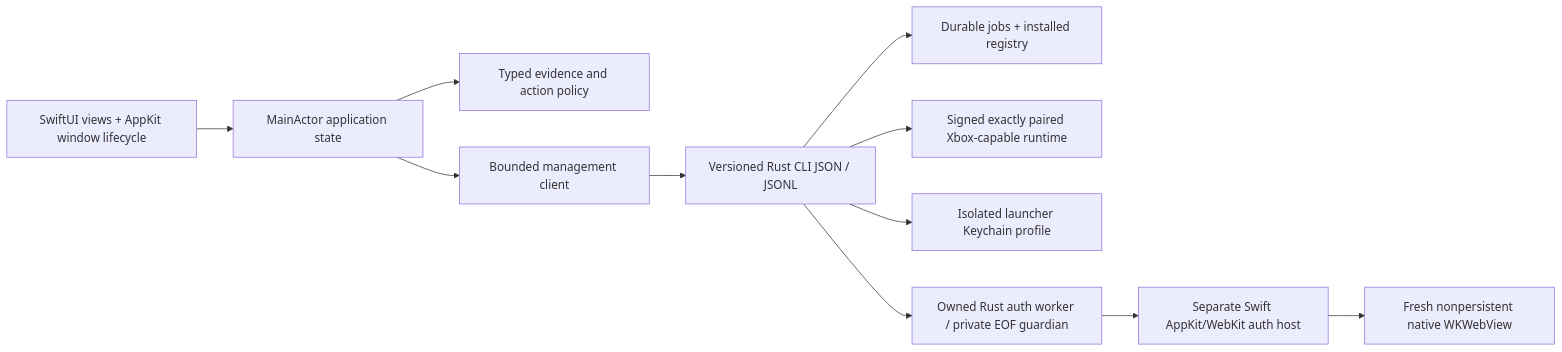
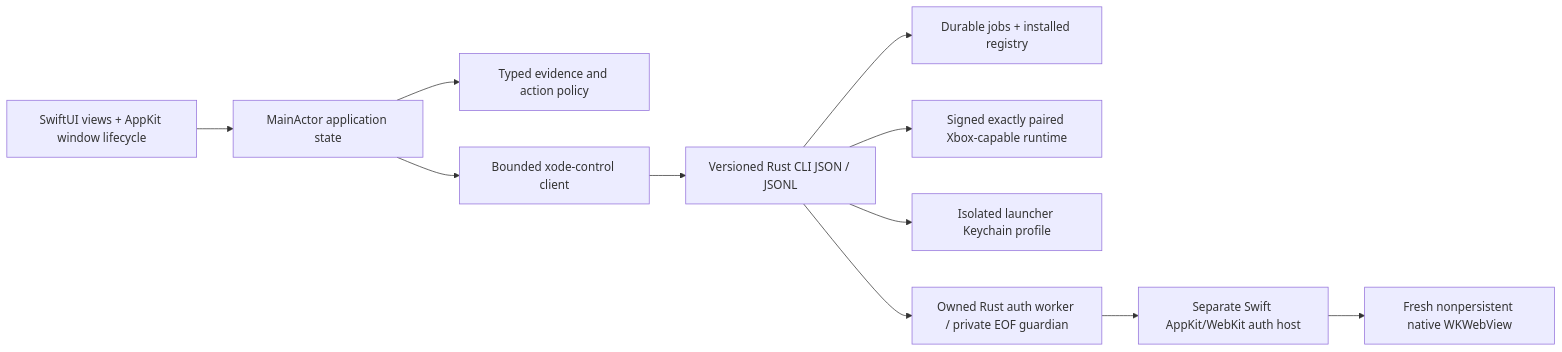
Before and after one commit to WorkingPrinciple/xode-ui: the second of 2 diagrams in docs/ARCHITECTURE.md, drawn with Mermaid. The commit also changed other lines of this file, not shown here.

Commit message:
docs: add platform ecosystem architecture diagram to ARCHITECTURE.md

````diff
--- a/docs/ARCHITECTURE.md
+++ b/docs/ARCHITECTURE.md
@@ -5,13 +41,13 @@
 ```mermaid
 flowchart LR
   UI[SwiftUI views + AppKit window lifecycle] --> State[MainActor application state]
   State --> Models[Typed evidence and action policy]
-  State --> Adapter[Bounded management client]
+  State --> Adapter[Bounded xode-control client]
   Adapter --> CLI[Versioned Rust CLI JSON / JSONL]
   CLI --> Registry[Durable jobs + installed registry]
   CLI --> Runtime[Signed exactly paired Xbox-capable runtime]
   CLI --> Keychain[Isolated launcher Keychain profile]
   CLI --> Worker[Owned Rust auth worker / private EOF guardian]
   Worker --> Host[Separate Swift AppKit/WebKit auth host]
   Host --> Browser[Fresh nonpersistent native WKWebView]
 ```
````
